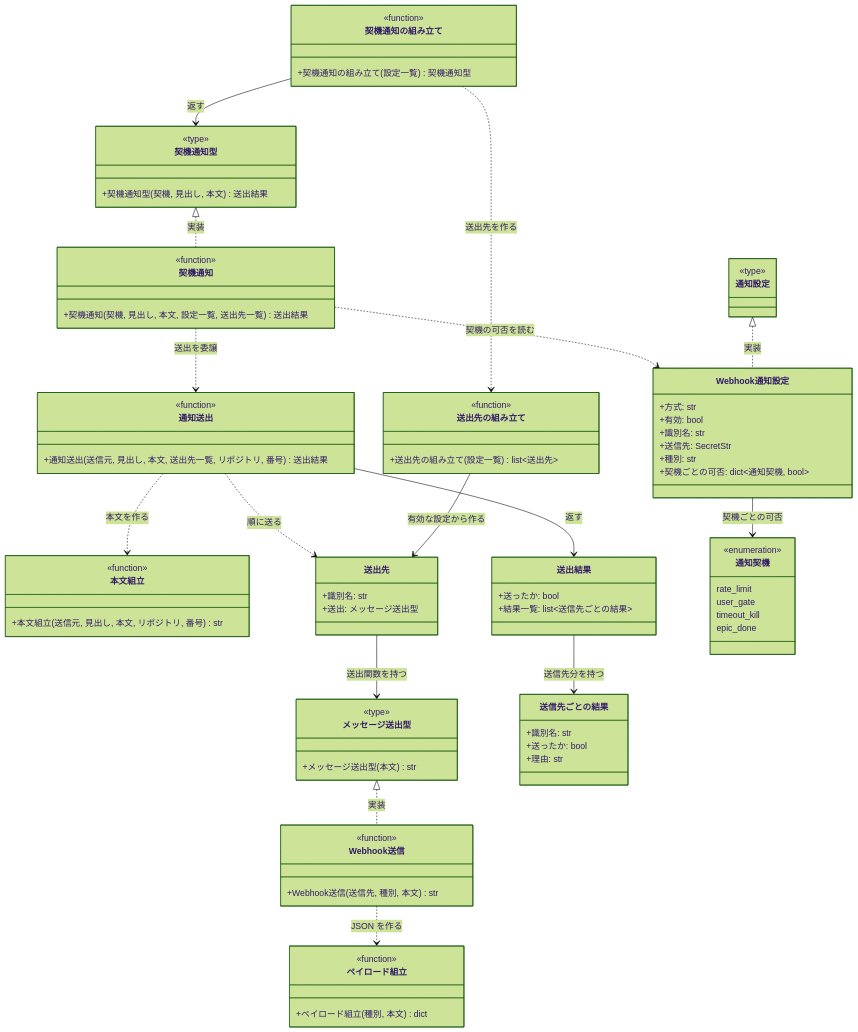
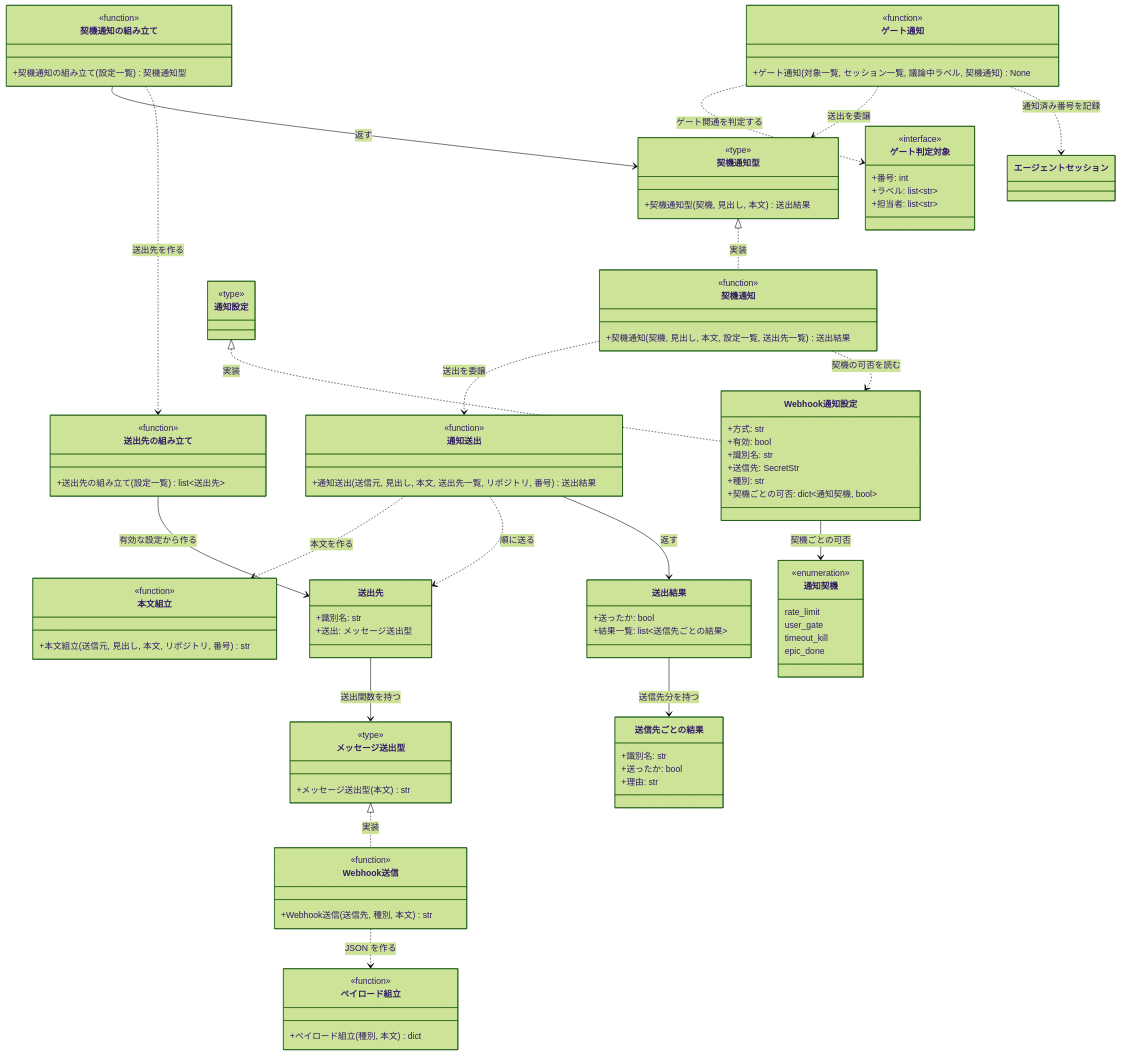
Before and after one commit to shuhei1101/ai-monitor: the diagram in docs/wiki/設計図/モジュール構成/モニター/通知.py.md, drawn with Mermaid (forest theme). The commit also changed other lines of this file and 80 other files, not shown here.

````diff
--- a/docs/wiki/設計図/モジュール構成/モニター/通知.py.md
+++ b/docs/wiki/設計図/モジュール構成/モニター/通知.py.md
@@ -61,6 +64,9 @@
   通知設定 <|.. Webhook通知設定 : 実装
   送出結果 --> 送信先ごとの結果 : 送信先分を持つ
   Webhook通知設定 --> 通知契機 : 契機ごとの可否
+  ゲート通知 ..> ゲート判定対象 : ゲート開通を判定する
+  ゲート通知 ..> 契機通知型 : 送出を委譲
+  ゲート通知 ..> エージェントセッション : 通知済み番号を記録
 
   class 契機通知の組み立て {
     <<function>>
@@ -144,6 +150,21 @@
     epic_done
   }
 
+  class ゲート通知 {
+    <<function>>
+    +ゲート通知(対象一覧, セッション一覧, 議論中ラベル, 契機通知) None
+  }
+
+  class ゲート判定対象 {
+    <<interface>>
+    +番号: int
+    +ラベル: list~str~
+    +担当者: list~str~
+  }
+
+  class エージェントセッション {
+  }
+
   click 契機通知の組み立て href "#契機通知の組み立て"
   click 契機通知型 href "#契機通知型"
   click 契機通知 href "#契機通知"
@@ -159,4 +180,7 @@
   click 送信先ごとの結果 href "#送信先ごとの結果"
   click 送出結果 href "#送出結果"
   click 通知契機 href "#通知契機"
+  click ゲート通知 href "#ゲート通知"
+  click ゲート判定対象 href "#ゲート判定対象"
+  click エージェントセッション href "./エージェント管理.py.md#エージェントセッション"
 ```
````
